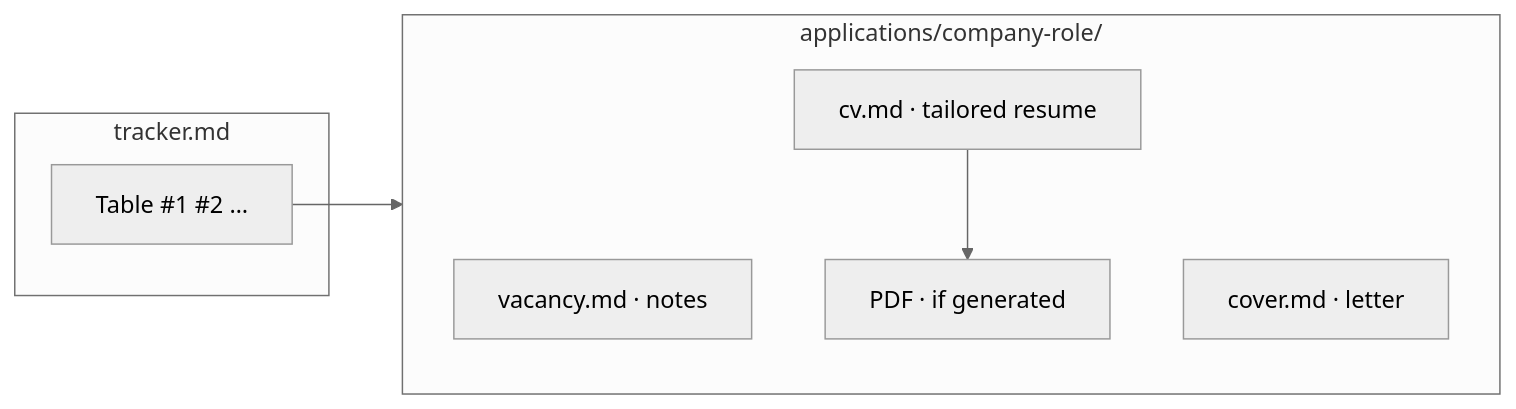
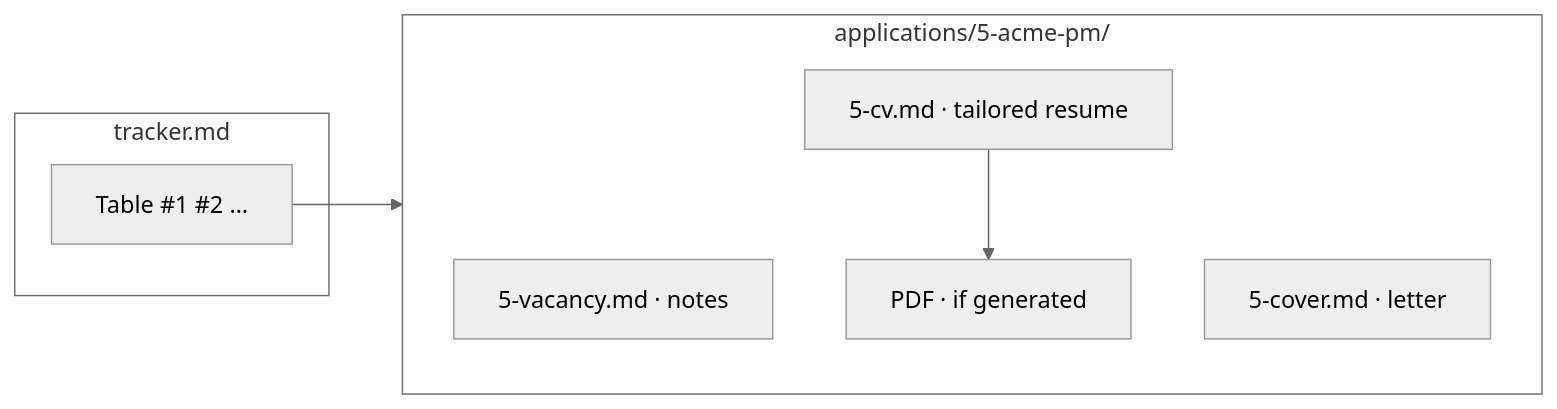
Before and after one commit to nikita-gorban/find-me-a-job: the third of 4 diagrams in FLOW.md, drawn with Mermaid (neutral theme). The commit also changed other lines of this file and 12 other files, not shown here.

````diff
--- a/FLOW.md
+++ b/FLOW.md
@@ -53,14 +53,14 @@
 ```mermaid
 flowchart LR
   subgraph tracker [tracker.md]
     T[Table #1 #2 …]
   end
-  subgraph app [applications/company-role/]
-    V[vacancy.md · notes]
-    C[cover.md · letter]
-    CV[cv.md · tailored resume]
+  subgraph app [applications/5-acme-pm/]
+    V[5-vacancy.md · notes]
+    C[5-cover.md · letter]
+    CV[5-cv.md · tailored resume]
     P[PDF · if generated]
   end
   T --> app
   CV --> P
 ```
````
